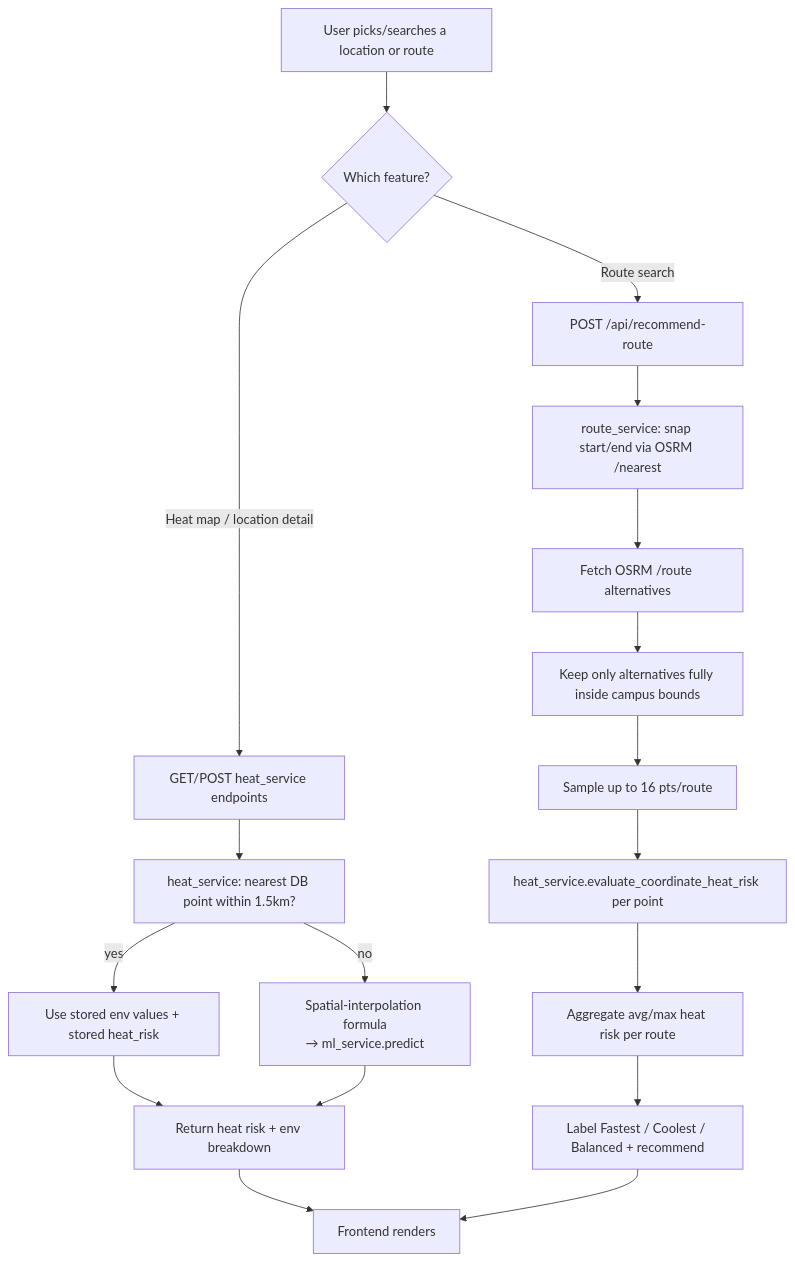
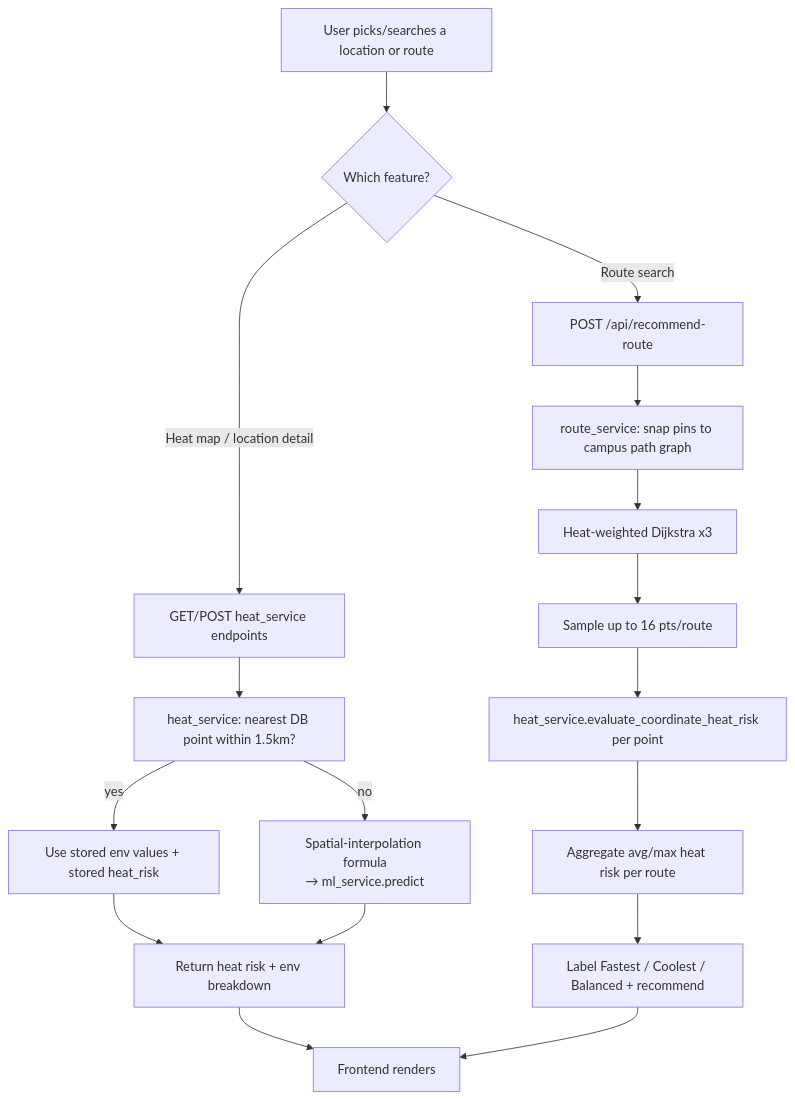
The fourth of 4 diagrams in docs/ARCHITECTURE.md (Rohit-1123/UrbanHeat), drawn with Mermaid before and after one commit. The commit also changed other lines of this file and 57 other files, not shown here.

````diff
--- a/docs/ARCHITECTURE.md
+++ b/docs/ARCHITECTURE.md
@@ -152,23 +155,22 @@
 ```mermaid
 flowchart TD
     A[User picks/searches a location or route] --> B{Which feature?}
     B -->|Heat map / location detail| C[GET/POST heat_service endpoints]
     B -->|Route search| D[POST /api/recommend-route]
 
     C --> E[heat_service: nearest DB point within 1.5km?]
     E -->|yes| F[Use stored env values + stored heat_risk]
     E -->|no| G[Spatial-interpolation formula\n→ ml_service.predict]
     F --> H[Return heat risk + env breakdown]
     G --> H
 
-    D --> I[route_service: snap start/end via OSRM /nearest]
-    I --> J[Fetch OSRM /route alternatives]
-    J --> K[Keep only alternatives fully inside campus bounds]
-    K --> L[Sample up to 16 pts/route]
+    D --> I[route_service: snap pins to campus path graph]
+    I --> J[Heat-weighted Dijkstra x3]
+    J --> L[Sample up to 16 pts/route]
     L --> M[heat_service.evaluate_coordinate_heat_risk per point]
     M --> N[Aggregate avg/max heat risk per route]
     N --> O[Label Fastest / Coolest / Balanced + recommend]
 
     H --> FE[Frontend renders]
     O --> FE
 ```
````
